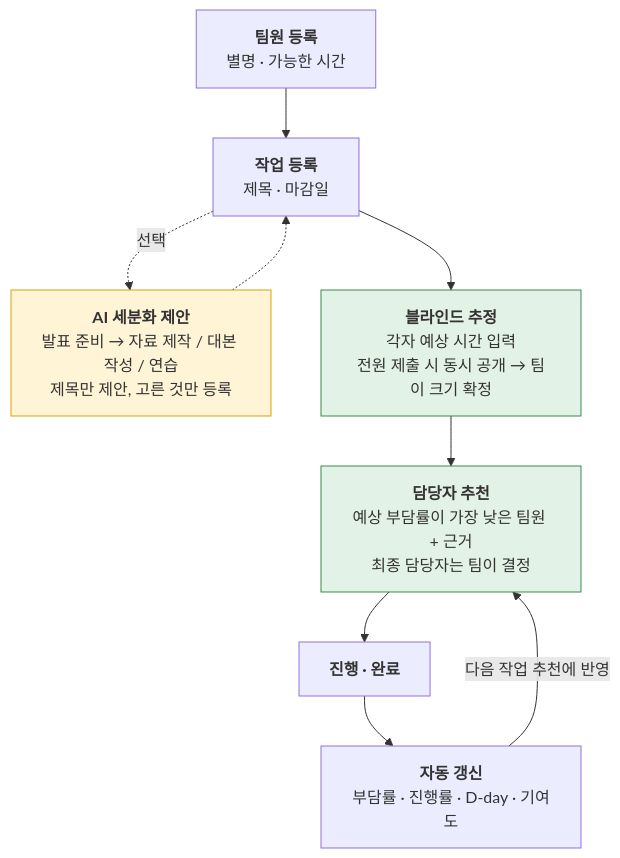
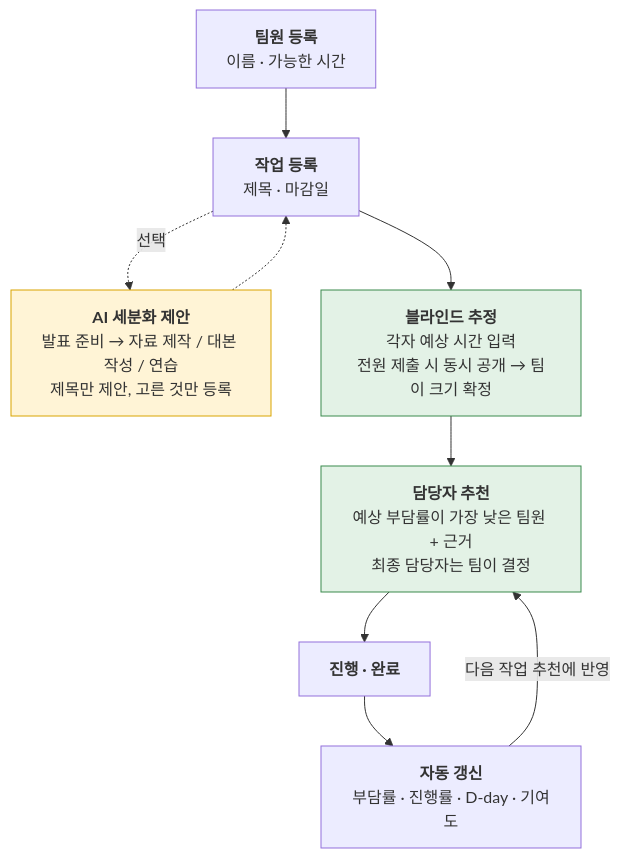
The first of 3 diagrams in README.md (Heetaeeee/3oss), drawn with Mermaid before and after one commit. The commit also changed other lines of this file, not shown here.

````diff
--- a/README.md
+++ b/README.md
@@ -26,16 +26,16 @@
 ```mermaid
 flowchart TD
-    A["<b>팀원 등록</b><br/>별명 · 가능한 시간"] --> B["<b>작업 등록</b><br/>제목 · 마감일"]
+    A["<b>팀원 등록</b><br/>이름 · 가능한 시간"] --> B["<b>작업 등록</b><br/>제목 · 마감일"]
     B -. 선택 .-> AI["<b>AI 세분화 제안</b><br/>발표 준비 → 자료 제작 / 대본 작성 / 연습<br/>제목만 제안, 고른 것만 등록"]
     AI -.-> B
     B --> C["<b>블라인드 추정</b><br/>각자 예상 시간 입력<br/>전원 제출 시 동시 공개 → 팀이 크기 확정"]
     C --> D["<b>담당자 추천</b><br/>예상 부담률이 가장 낮은 팀원 + 근거<br/>최종 담당자는 팀이 결정"]
     D --> E["<b>진행 · 완료</b>"]
     E --> F["<b>자동 갱신</b><br/>부담률 · 진행률 · D-day · 기여도"]
     F -- 다음 작업 추천에 반영 --> D
 
     classDef ai fill:#fff4d6,stroke:#d9a400,color:#333
     classDef human fill:#e3f2e6,stroke:#3a8a4d,color:#333
     class AI ai
     class C,D human
 ```
````
